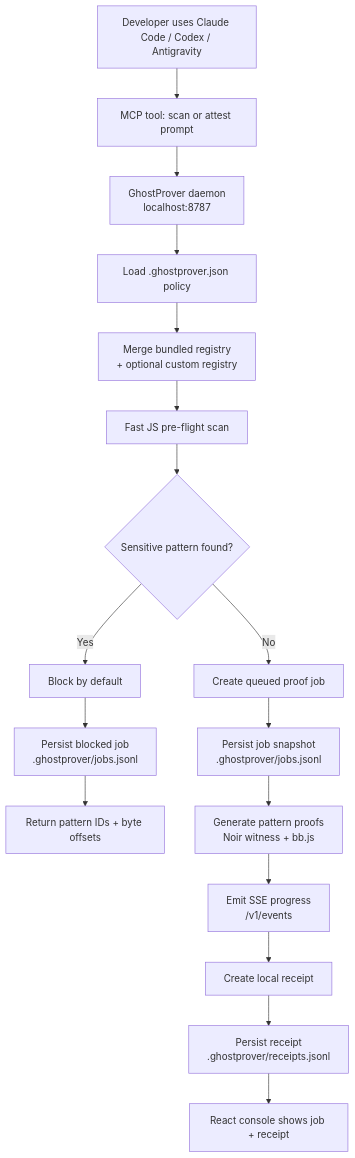
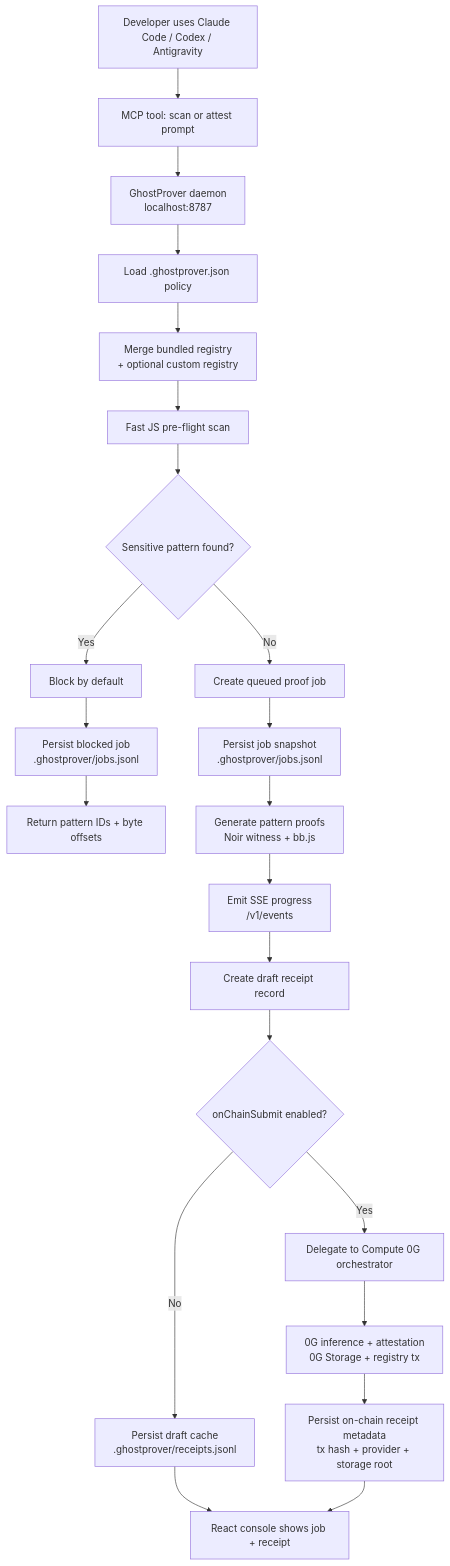
Before and after one commit to groverInnovate/GhostProver: the diagram in docs/background-agent-workflow.md, drawn with Mermaid. The commit also changed other lines of this file and 20 other files, not shown here.

Commit message:
Clarify 0G receipt flow and draft cache semantics

````diff
--- a/docs/background-agent-workflow.md
+++ b/docs/background-agent-workflow.md
@@ -15,21 +15,26 @@
 ```mermaid
 flowchart TD
   A["Developer uses Claude Code / Codex / Antigravity"] --> B["MCP tool: scan or attest prompt"]
   B --> C["GhostProver daemon<br/>localhost:8787"]
   C --> D["Load .ghostprover.json policy"]
   D --> E["Merge bundled registry<br/>+ optional custom registry"]
   E --> F["Fast JS pre-flight scan"]
   F --> G{"Sensitive pattern found?"}
 
   G -->|Yes| H["Block by default"]
   H --> I["Persist blocked job<br/>.ghostprover/jobs.jsonl"]
   I --> J["Return pattern IDs + byte offsets"]
 
   G -->|No| K["Create queued proof job"]
   K --> L["Persist job snapshot<br/>.ghostprover/jobs.jsonl"]
   L --> M["Generate pattern proofs<br/>Noir witness + bb.js"]
   M --> N["Emit SSE progress<br/>/v1/events"]
-  N --> O["Create local receipt"]
-  O --> P["Persist receipt<br/>.ghostprover/receipts.jsonl"]
-  P --> Q["React console shows job + receipt"]
+  N --> O["Create draft receipt record"]
+  O --> P{"onChainSubmit enabled?"}
+  P -->|No| Q["Persist draft cache<br/>.ghostprover/receipts.jsonl"]
+  P -->|Yes| R["Delegate to Compute 0G orchestrator"]
+  R --> S["0G inference + attestation<br/>0G Storage + registry tx"]
+  S --> T["Persist on-chain receipt metadata<br/>tx hash + provider + storage root"]
+  Q --> U["React console shows job + receipt"]
+  T --> U
 ```
````
